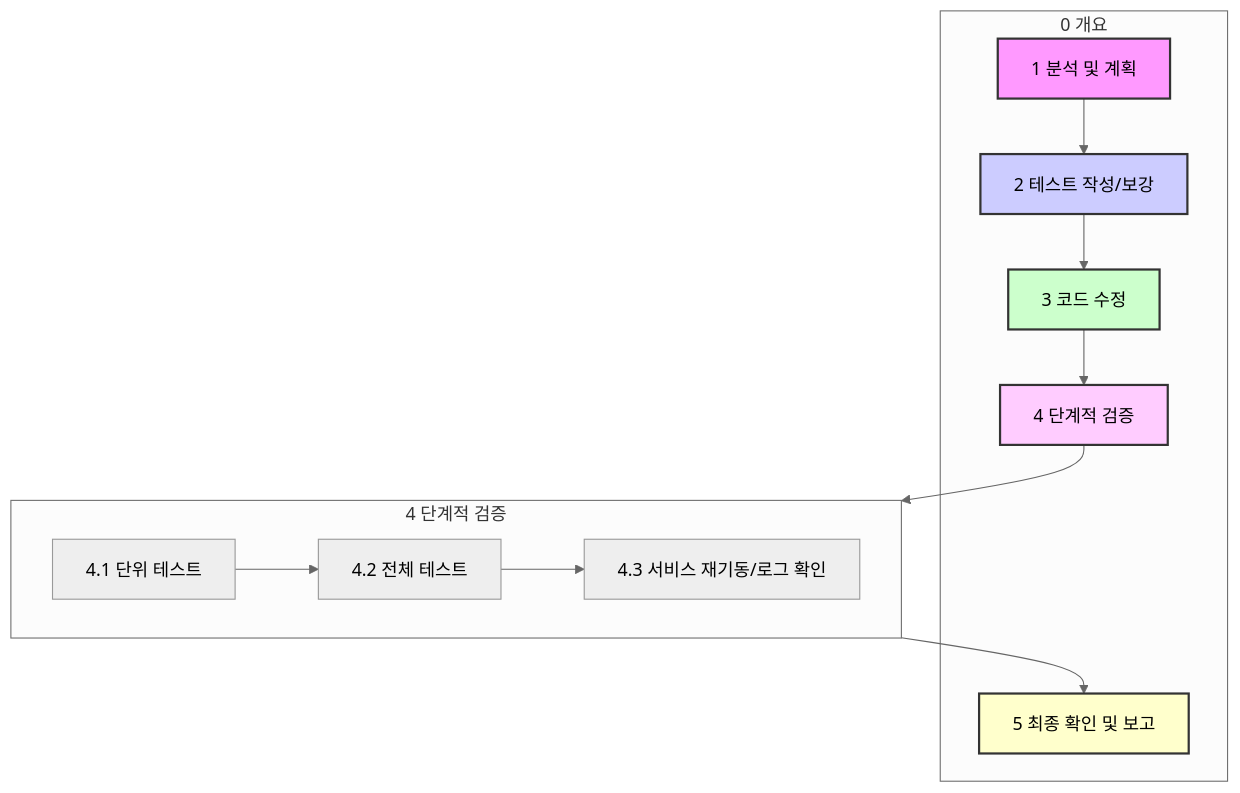
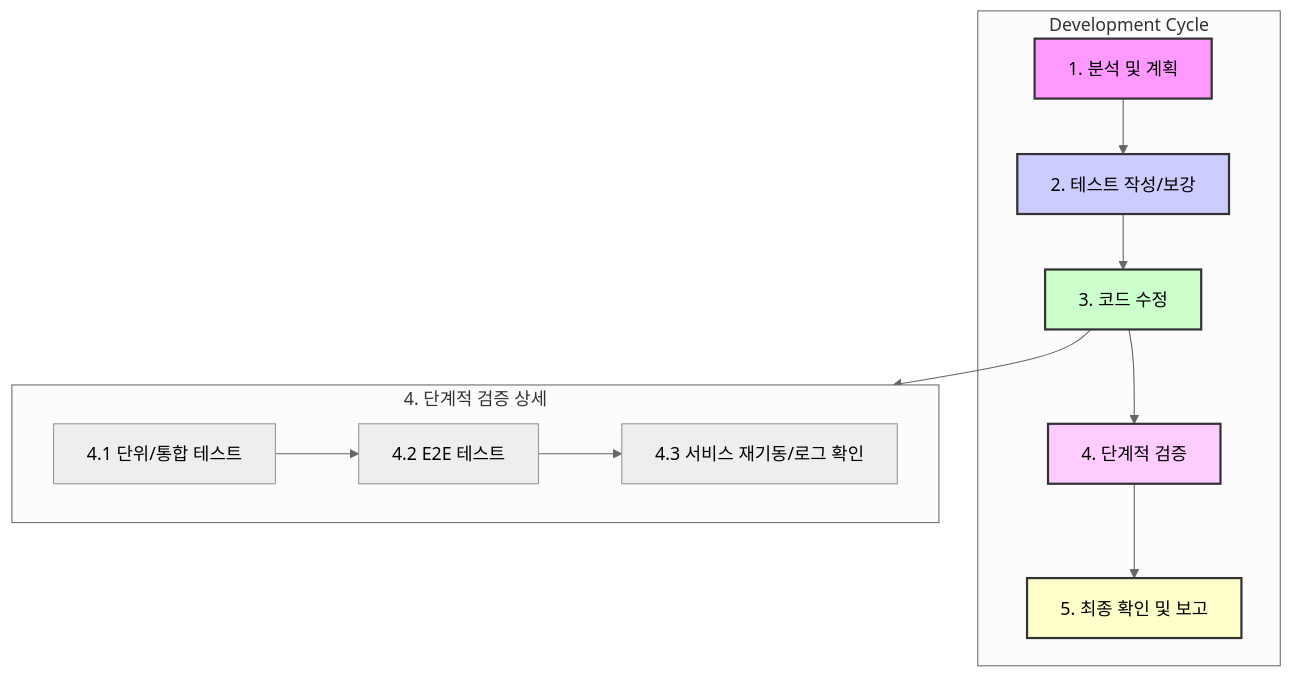
One commit to lkhkhk/StockEye changed the diagram in GEMINI.md. Above: the diagram before and after it, drawn with Mermaid (neutral theme). The commit also changed other lines of this file and 21 other files, not shown here.

````diff
--- a/GEMINI.md
+++ b/GEMINI.md
@@ -23,31 +23,23 @@
 ```mermaid
 graph TD
-    subgraph "0 개요"
-        A[1 분석 및 계획] 
-        B[2 테스트 작성/보강];
-        C[3 코드 수정];
-        D[4 단계적 검증];
-        E[5 최종 확인 및 보고];
+    subgraph "Development Cycle"
+        A[1. 분석 및 계획] --> B[2. 테스트 작성/보강];
+        B --> C[3. 코드 수정];
+        C --> D[4. 단계적 검증];
+        D --> E[5. 최종 확인 및 보고];
     end
 
-    subgraph "4 단계적 검증"
+    subgraph "4. 단계적 검증 상세"
         direction LR
-        D1[4.1 단위 테스트]
-        D2[4.2 전체 테스트];
-        D3[4.3 서비스 재기동/로그 확인];
+        D1[4.1 단위/통합 테스트] --> D2[4.2 E2E 테스트];
+        D2 --> D3[4.3 서비스 재기동/로그 확인];
     end
 
-    A --> B;
-    B --> C;
-    C --> D;
-    D --> D1;
-    D1 --> D2;
-    D2 --> D3;
-    D3 --> E;
+    C --> D1;
 
     style A fill:#f9f,stroke:#333,stroke-width:2px
     style B fill:#ccf,stroke:#333,stroke-width:2px
     style C fill:#cfc,stroke:#333,stroke-width:2px
     style D fill:#fcf,stroke:#333,stroke-width:2px
     style E fill:#ffc,stroke:#333,stroke-width:2px
 ```
````
